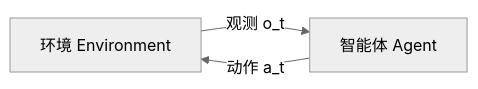
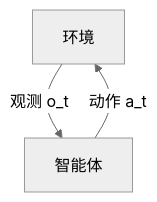
One commit to gulu-sherry/gulu-sherry.github.io changed the diagram in _includes/content/tech/dmu-ch-01.md. Above: the diagram before and after it, drawn with Mermaid (neutral theme). The commit also changed other lines of this file and 9 other files, not shown here.

````diff
--- a/_includes/content/tech/dmu-ch-01.md
+++ b/_includes/content/tech/dmu-ch-01.md
@@ -33,5 +22,5 @@
 ```mermaid
-flowchart LR
-    E["环境 Environment"] -->|"观测 o_t"| A["智能体 Agent"]
+flowchart TD
+    E["环境"] -->|"观测 o_t"| A["智能体"]
     A -->|"动作 a_t"| E
 ```
````
